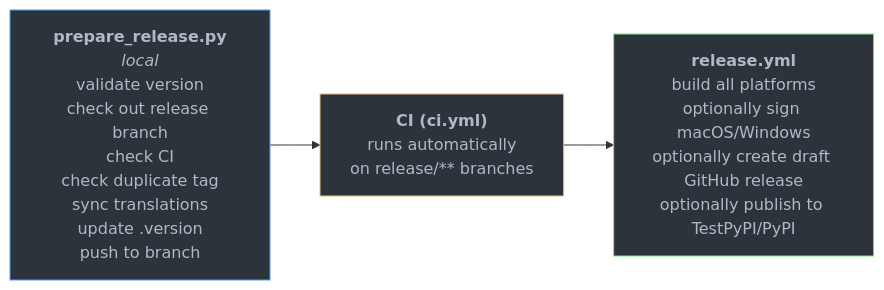
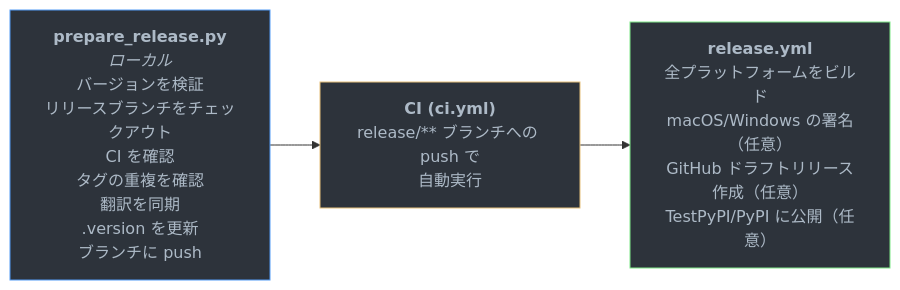
One commit to ankitects/anki changed the first of 2 diagrams in docs-site/ja/developers/releasing.mdx. Above: the diagram before and after it, drawn with Mermaid. The commit also changed other lines of this file and 20 other files, not shown here.

````diff
--- a/docs-site/ja/developers/releasing.mdx
+++ b/docs-site/ja/developers/releasing.mdx
@@ -146,9 +107,9 @@
 ```{mermaid}
 flowchart LR
-    A["<b>prepare_release.py</b><br/><i>local</i><br/>validate version<br/>check out release branch<br/>check CI<br/>check duplicate tag<br/>sync translations<br/>update .version<br/>push to branch"] --> B["<b>CI (ci.yml)</b><br/>runs automatically<br/>on release/** branches"]
-    B --> C["<b>release.yml</b><br/>build all platforms<br/>optionally sign macOS/Windows<br/>optionally create draft GitHub release<br/>optionally publish to TestPyPI/PyPI"]
+    A["<b>prepare_release.py</b><br/><i>ローカル</i><br/>バージョンを検証<br/>リリースブランチをチェックアウト<br/>CI を確認<br/>タグの重複を確認<br/>翻訳を同期<br/>.version を更新<br/>ブランチに push"] --> B["<b>CI (ci.yml)</b><br/>release/** ブランチへの push で<br/>自動実行"]
+    B --> C["<b>release.yml</b><br/>全プラットフォームをビルド<br/>macOS/Windows の署名（任意）<br/>GitHub ドラフトリリース作成（任意）<br/>TestPyPI/PyPI に公開（任意）"]
 
     style A fill:#2d333b,stroke:#539bf5,color:#adbac7
     style B fill:#2d333b,stroke:#e5c07b,color:#adbac7
     style C fill:#2d333b,stroke:#7ee787,color:#adbac7
 ```
````
